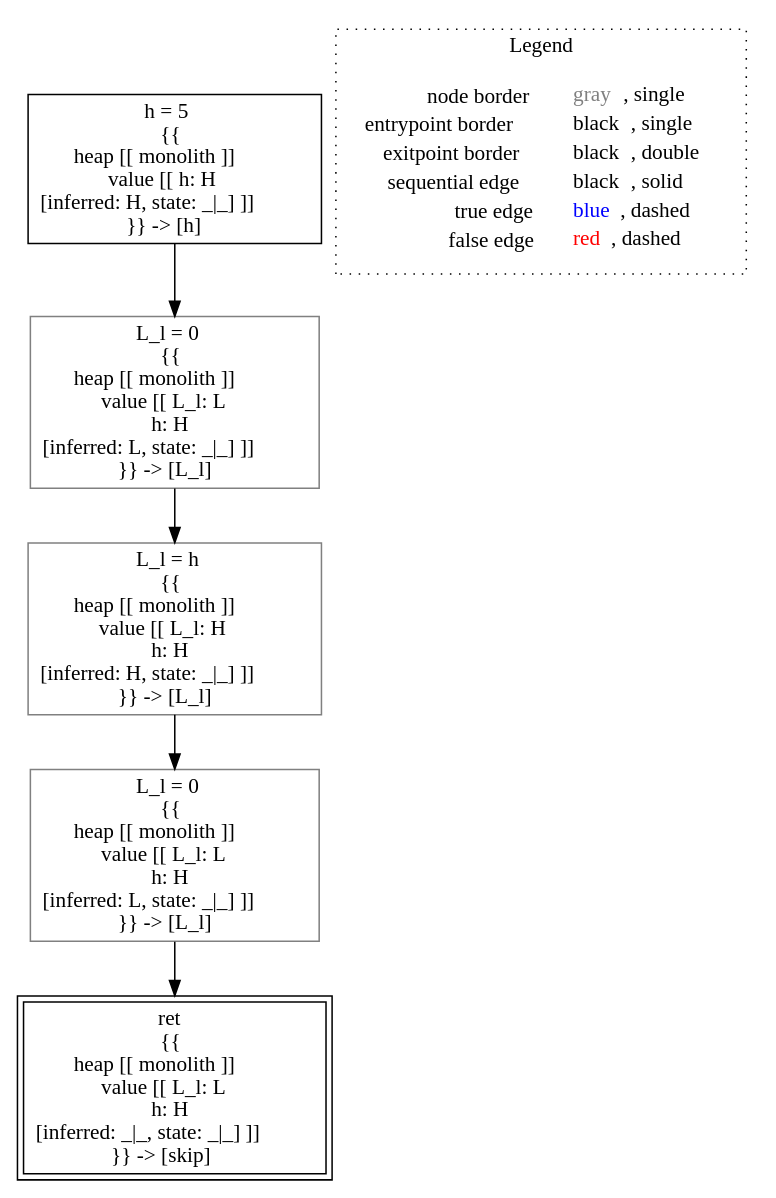
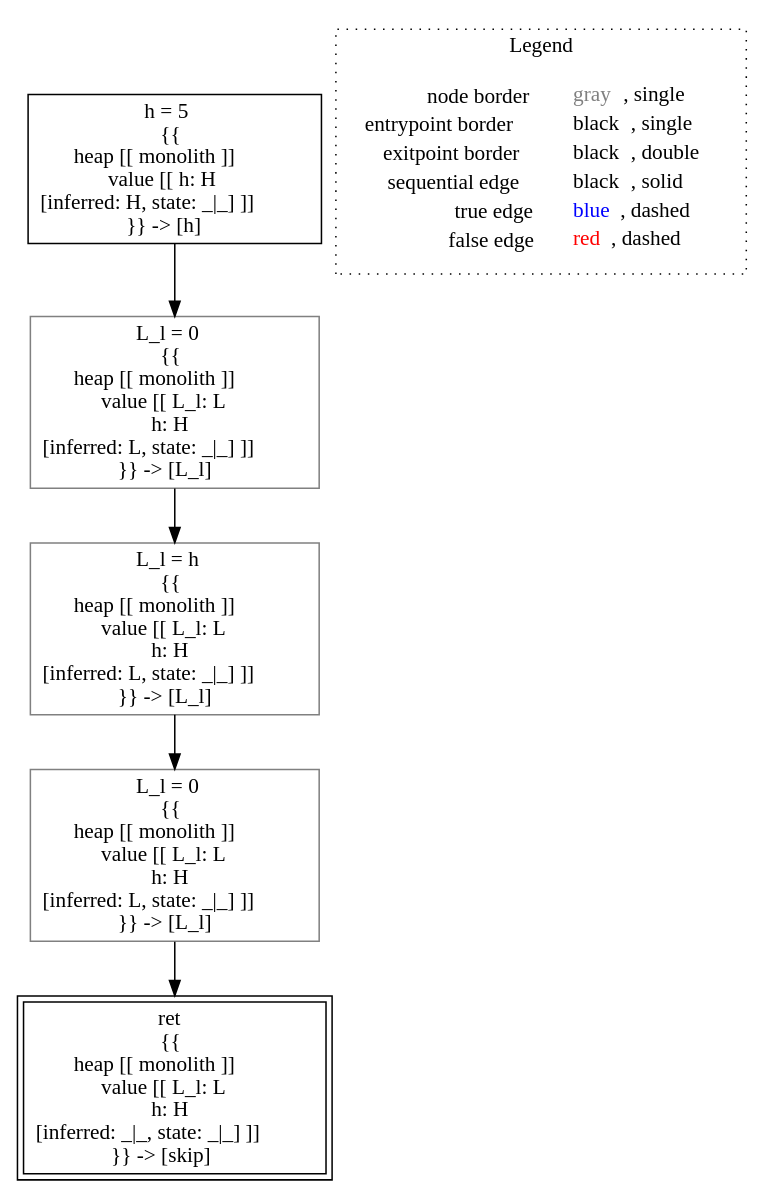
One commit to lisa-analyzer/lisa changed the diagram in lisa/imp-testcases/non-interference/type-system/analysis___untyped_Test.lecture_19_4(Test_this).dot. Above: the diagram before and after it, drawn with Graphviz. The commit also changed 12 other files, not shown here.

```diff
--- a/lisa/imp-testcases/non-interference/type-system/analysis___untyped_Test.lecture_19_4(Test_this).dot
+++ b/lisa/imp-testcases/non-interference/type-system/analysis___untyped_Test.lecture_19_4(Test_this).dot
@@ -1,18 +1,18 @@
 digraph {
 	"node0" [shape="rect",color="black",label=<h = 5<BR/>{{<BR/>heap [[ monolith ]]<BR/>value [[ h: H<BR/>[inferred: H, state: _|_] ]]<BR/>}} -&gt; [h]>];
 	"node1" [shape="rect",color="gray",label=<L_l = 0<BR/>{{<BR/>heap [[ monolith ]]<BR/>value [[ L_l: L<BR/>h: H<BR/>[inferred: L, state: _|_] ]]<BR/>}} -&gt; [L_l]>];
 	"node2" [shape="rect",color="gray",label=<L_l = 0<BR/>{{<BR/>heap [[ monolith ]]<BR/>value [[ L_l: L<BR/>h: H<BR/>[inferred: L, state: _|_] ]]<BR/>}} -&gt; [L_l]>];
 	"node3" [shape="rect",color="black",peripheries="2",label=<ret<BR/>{{<BR/>heap [[ monolith ]]<BR/>value [[ L_l: L<BR/>h: H<BR/>[inferred: _|_, state: _|_] ]]<BR/>}} -&gt; [skip]>];
-	"node4" [shape="rect",color="gray",label=<L_l = h<BR/>{{<BR/>heap [[ monolith ]]<BR/>value [[ L_l: H<BR/>h: H<BR/>[inferred: H, state: _|_] ]]<BR/>}} -&gt; [L_l]>];
+	"node4" [shape="rect",color="gray",label=<L_l = h<BR/>{{<BR/>heap [[ monolith ]]<BR/>value [[ L_l: L<BR/>h: H<BR/>[inferred: L, state: _|_] ]]<BR/>}} -&gt; [L_l]>];
 	"node1" -> "node3" [color="black"];
 	"node2" -> "node4" [color="black"];
 	"node0" -> "node2" [color="black"];
 	"node4" -> "node1" [color="black"];
 subgraph cluster_legend {
 	label="Legend";
 	style=dotted;
 	node [shape=plaintext];
 	"legend" [label=<<table border="0" cellpadding="2" cellspacing="0" cellborder="0"><tr><td align="right">node border&nbsp;</td><td align="left"><font color="gray">gray</font>, single</td></tr><tr><td align="right">entrypoint border&nbsp;</td><td align="left"><font color="black">black</font>, single</td></tr><tr><td align="right">exitpoint border&nbsp;</td><td align="left"><font color="black">black</font>, double</td></tr><tr><td align="right">sequential edge&nbsp;</td><td align="left"><font color="black">black</font>, solid</td></tr><tr><td align="right">true edge&nbsp;</td><td align="left"><font color="blue">blue</font>, dashed</td></tr><tr><td align="right">false edge&nbsp;</td><td align="left"><font color="red">red</font>, dashed</td></tr></table>>];
 }
 
 }
```
